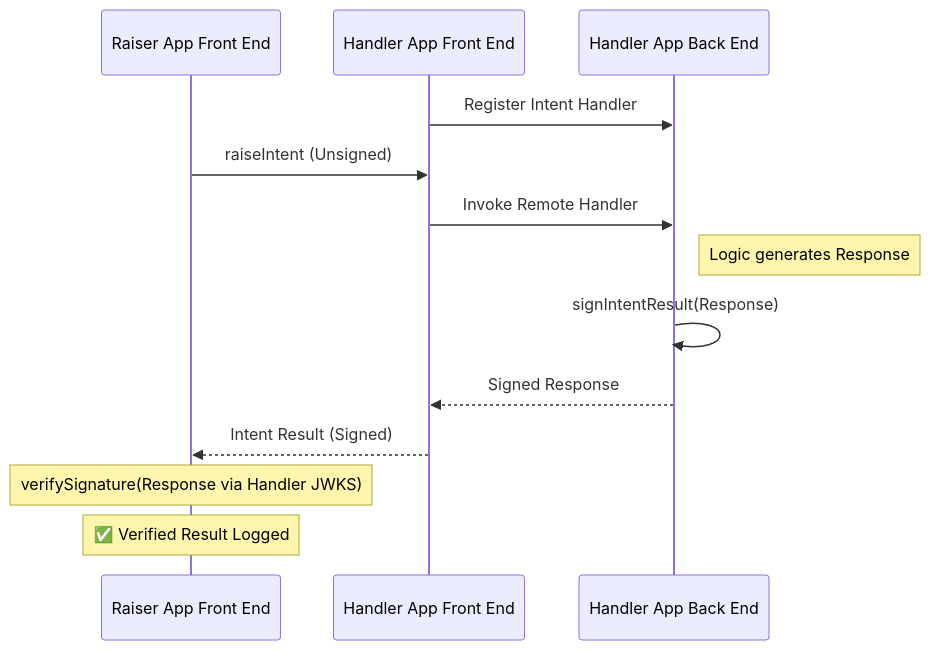
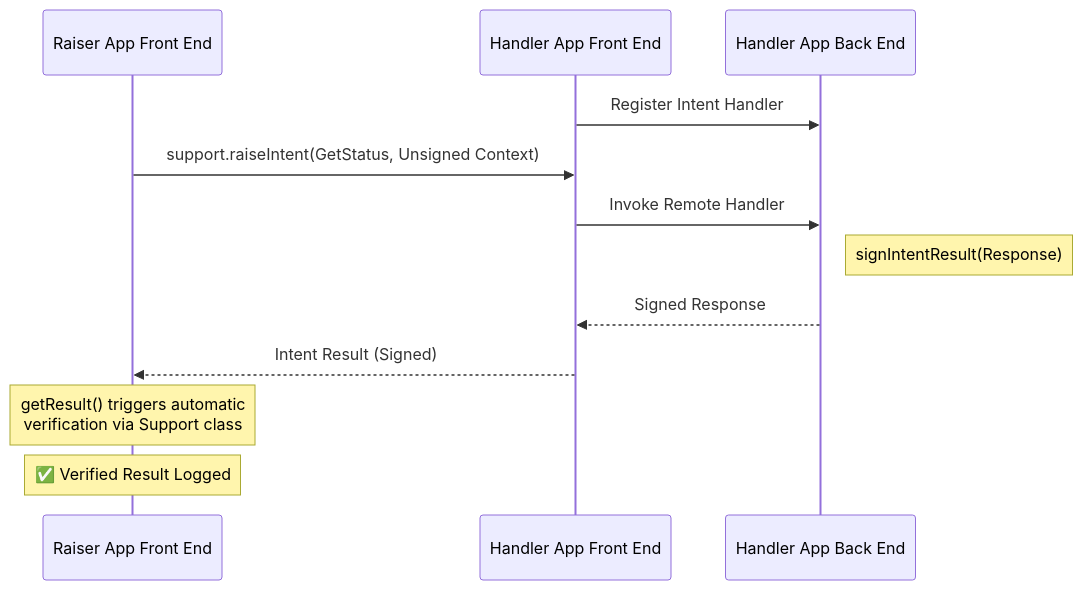
The fifth of 6 diagrams in packages/fdc3-security/samples/README.md (finos/FDC3), drawn with Mermaid before and after one commit. The commit also changed other lines of this file and 4 other files, not shown here.

````diff
--- a/packages/fdc3-security/samples/README.md
+++ b/packages/fdc3-security/samples/README.md
@@ -143,18 +144,17 @@
 ```mermaid
 sequenceDiagram
     participant RFE as Raiser App Front End
     participant HFE as Handler App Front End
     participant HBE as Handler App Back End
 
     HFE->>HBE: Register Intent Handler
-    RFE->>HFE: raiseIntent (Unsigned)
+    RFE->>HFE: support.raiseIntent(GetStatus, Unsigned Context)
     
     HFE->>HBE: Invoke Remote Handler
-    Note right of HBE: Logic generates Response
-    HBE->>HBE: signIntentResult(Response)
+    Note right of HBE: signIntentResult(Response)
     HBE-->>HFE: Signed Response
     HFE-->>RFE: Intent Result (Signed)
     
-    Note over RFE: verifySignature(Response via Handler JWKS)
+    Note over RFE: getResult() triggers automatic<br/>verification via Support class
     Note over RFE: ✅ Verified Result Logged
 ```
````
